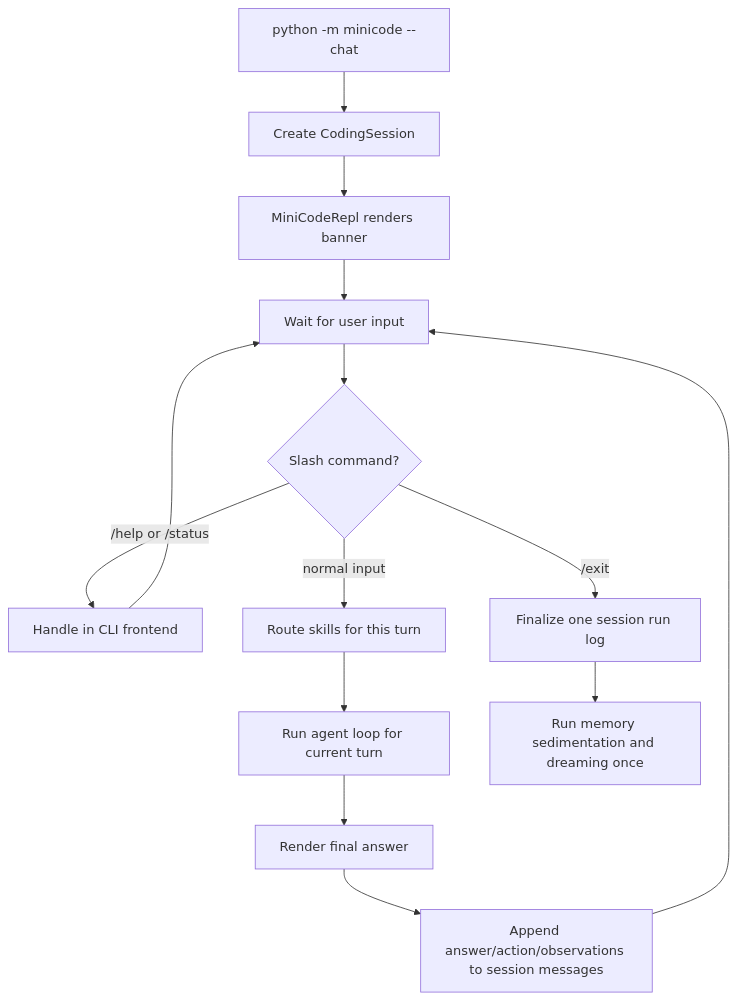
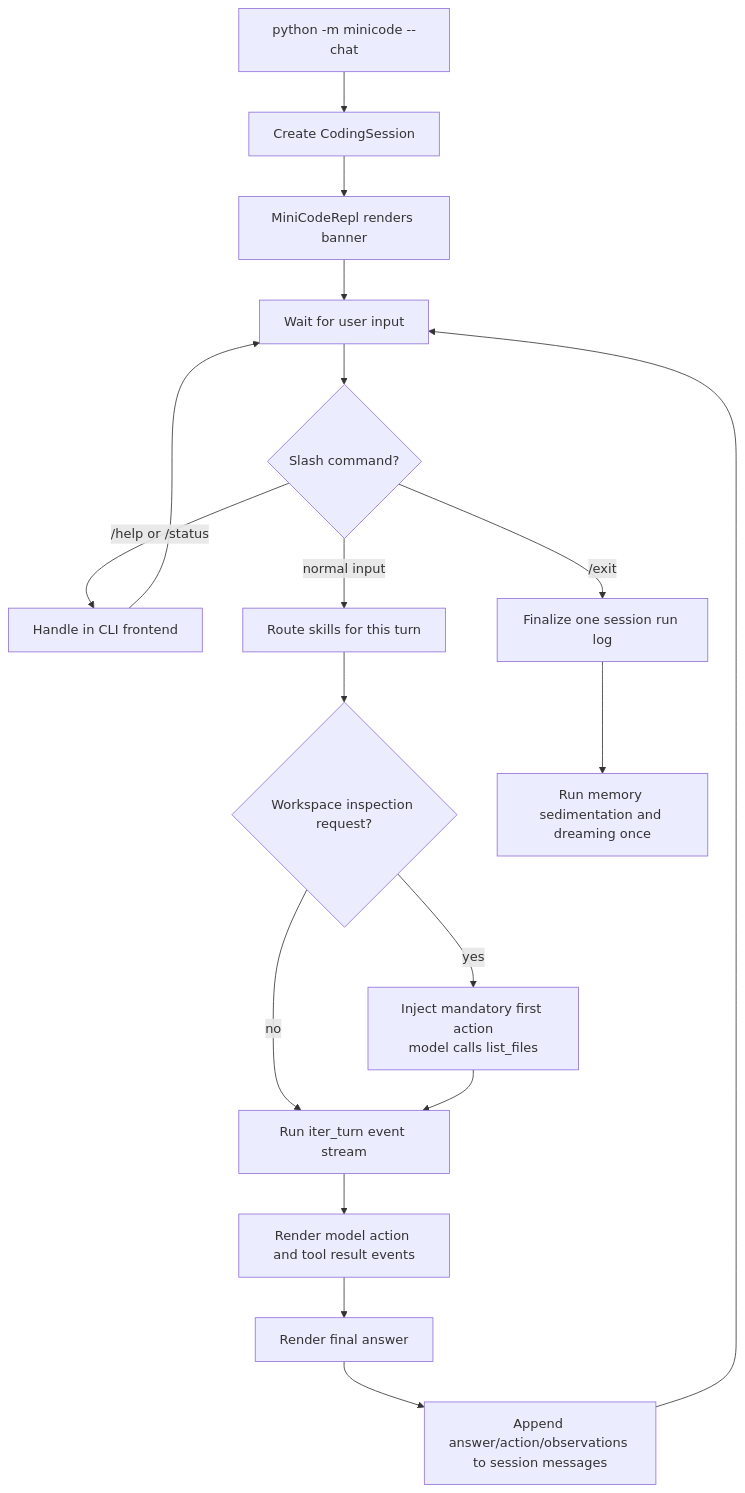
Before and after one commit to Cachuela11/MiniCode: the second of 10 diagrams in README.md, drawn with Mermaid. The commit also changed other lines of this file and 4 other files, not shown here.

````diff
--- a/README.md
+++ b/README.md
@@ -73,16 +78,20 @@
 ```mermaid
 flowchart TD
     A[python -m minicode --chat] --> B[Create CodingSession]
     B --> C[MiniCodeRepl renders banner]
     C --> D[Wait for user input]
     D --> E{Slash command?}
     E -->|/help or /status| F[Handle in CLI frontend]
     F --> D
     E -->|/exit| G[Finalize one session run log]
     E -->|normal input| H[Route skills for this turn]
-    H --> I[Run agent loop for current turn]
-    I --> J[Render final answer]
-    J --> K[Append answer/action/observations to session messages]
-    K --> D
-    G --> L[Run memory sedimentation and dreaming once]
+    H --> P{Workspace inspection request?}
+    P -->|yes| Q[Inject mandatory first action<br/>model calls list_files]
+    P -->|no| I[Run iter_turn event stream]
+    Q --> I
+    I --> J[Render model action and tool result events]
+    J --> K[Render final answer]
+    K --> L[Append answer/action/observations to session messages]
+    L --> D
+    G --> M[Run memory sedimentation and dreaming once]
 ```
````
